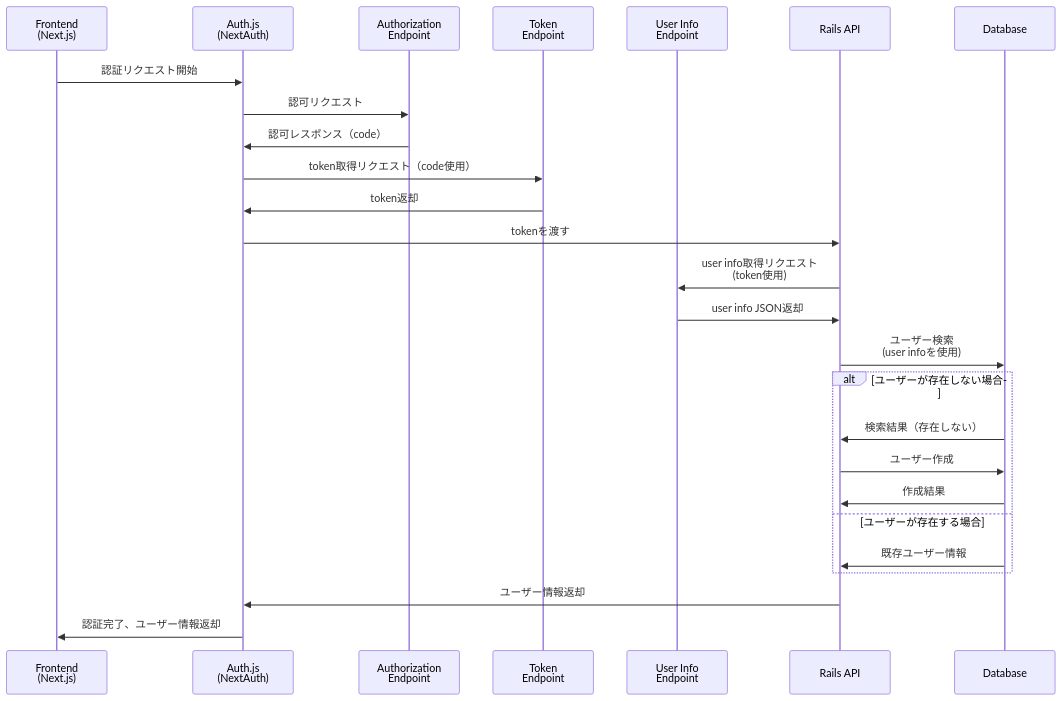
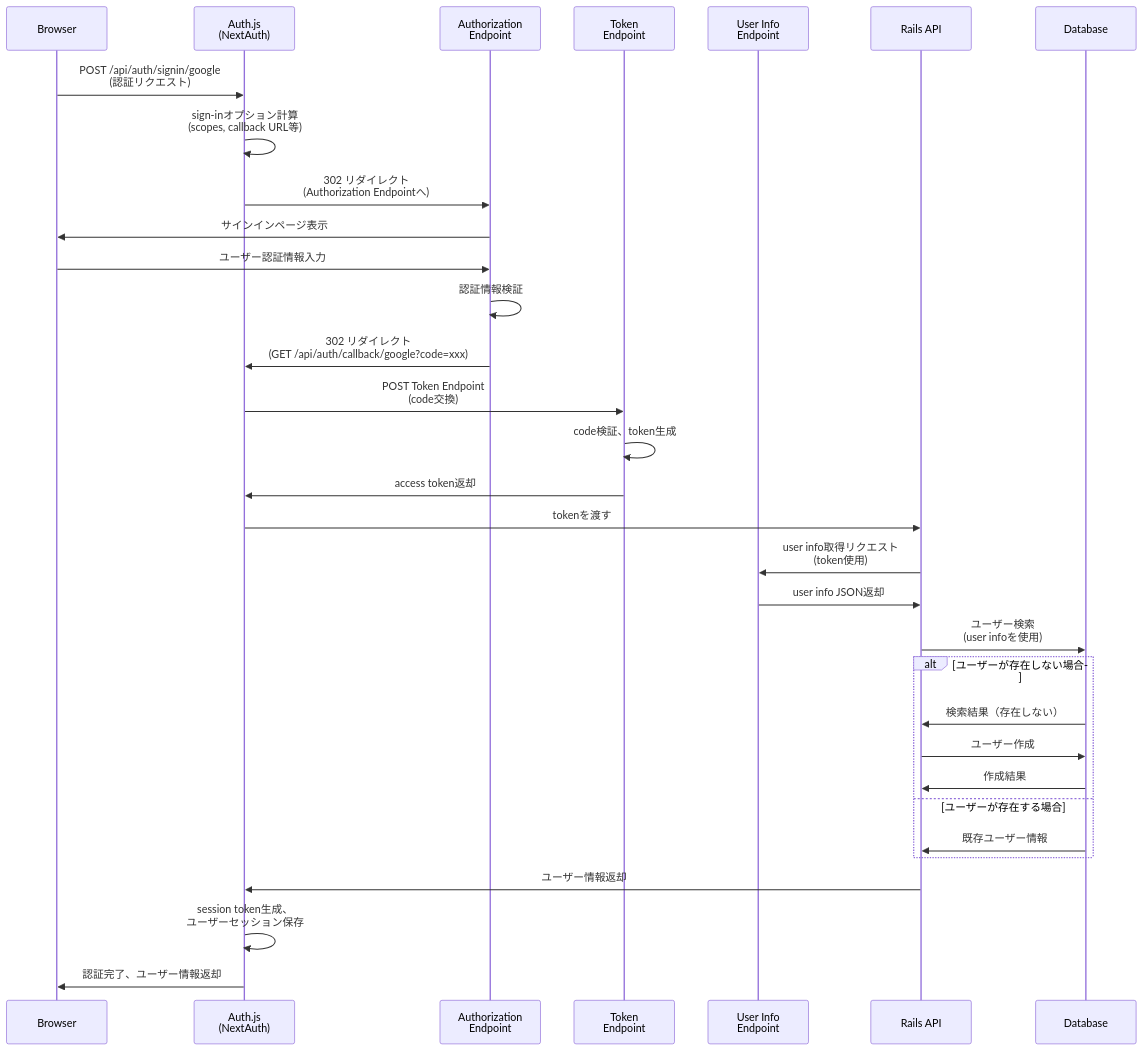
One commit to torihazi/skillupia_front changed the diagram in docs/auth-sequence.md. Above: the diagram before and after it, drawn with Mermaid. The commit also changed other lines of this file, not shown here.

````diff
--- a/docs/auth-sequence.md
+++ b/docs/auth-sequence.md
@@ -30,33 +41,39 @@
 ```mermaid
 sequenceDiagram
-    participant Frontend as Frontend<br/>(Next.js)
+    participant Browser as Browser
     participant AuthJS as Auth.js<br/>(NextAuth)
     participant AuthEndpoint as Authorization<br/>Endpoint
     participant TokenEndpoint as Token<br/>Endpoint
     participant UserInfoEndpoint as User Info<br/>Endpoint
     participant RailsAPI as Rails API
     participant DB as Database
 
-    Frontend->>AuthJS: 認証リクエスト開始
-    AuthJS->>AuthEndpoint: 認可リクエスト
-    AuthEndpoint->>AuthJS: 認可レスポンス（code）
-    AuthJS->>TokenEndpoint: token取得リクエスト（code使用）
-    TokenEndpoint->>AuthJS: token返却
+    Browser->>AuthJS: POST /api/auth/signin/google<br/>(認証リクエスト)
+    AuthJS->>AuthJS: sign-inオプション計算<br/>(scopes, callback URL等)
+    AuthJS->>AuthEndpoint: 302 リダイレクト<br/>(Authorization Endpointへ)
+    AuthEndpoint->>Browser: サインインページ表示
+    Browser->>AuthEndpoint: ユーザー認証情報入力
+    AuthEndpoint->>AuthEndpoint: 認証情報検証
+    AuthEndpoint->>AuthJS: 302 リダイレクト<br/>(GET /api/auth/callback/google?code=xxx)
+    AuthJS->>TokenEndpoint: POST Token Endpoint<br/>(code交換)
+    TokenEndpoint->>TokenEndpoint: code検証、token生成
+    TokenEndpoint->>AuthJS: access token返却
 
     AuthJS->>RailsAPI: tokenを渡す
     RailsAPI->>UserInfoEndpoint: user info取得リクエスト<br/>(token使用)
     UserInfoEndpoint->>RailsAPI: user info JSON返却
 
     RailsAPI->>DB: ユーザー検索<br/>(user infoを使用)
 
     alt ユーザーが存在しない場合
         DB->>RailsAPI: 検索結果（存在しない）
         RailsAPI->>DB: ユーザー作成
         DB->>RailsAPI: 作成結果
     else ユーザーが存在する場合
         DB->>RailsAPI: 既存ユーザー情報
     end
 
     RailsAPI->>AuthJS: ユーザー情報返却
-    AuthJS->>Frontend: 認証完了、ユーザー情報返却
+    AuthJS->>AuthJS: session token生成、<br/>ユーザーセッション保存
+    AuthJS->>Browser: 認証完了、ユーザー情報返却
 ```
````
